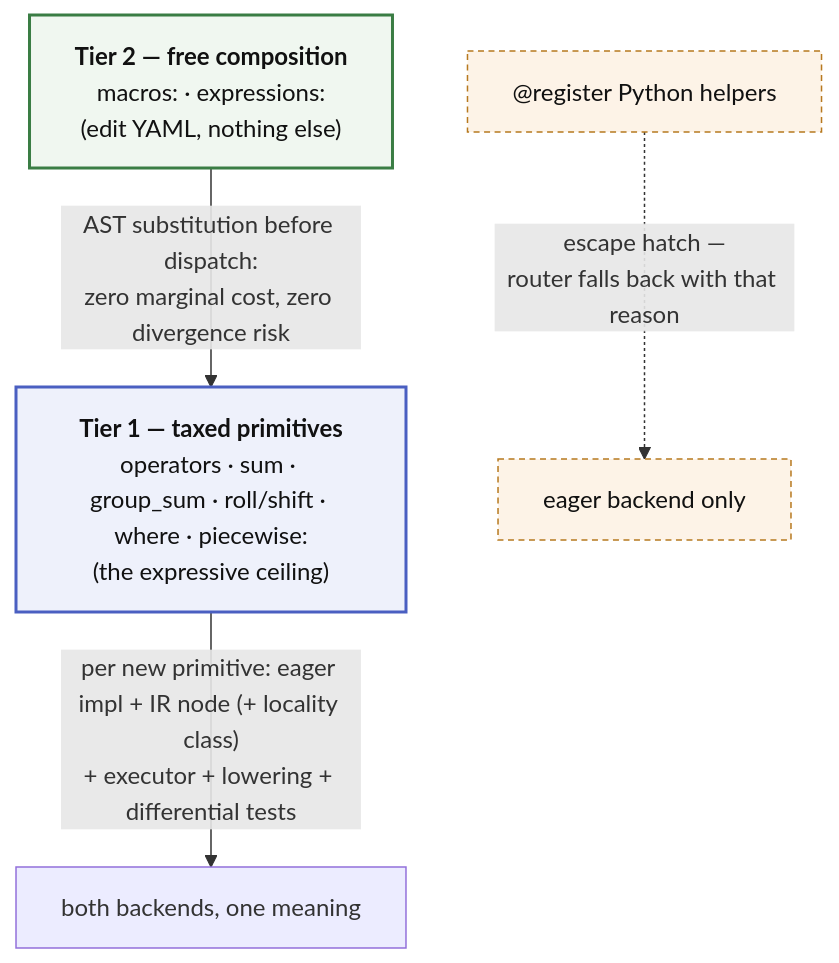
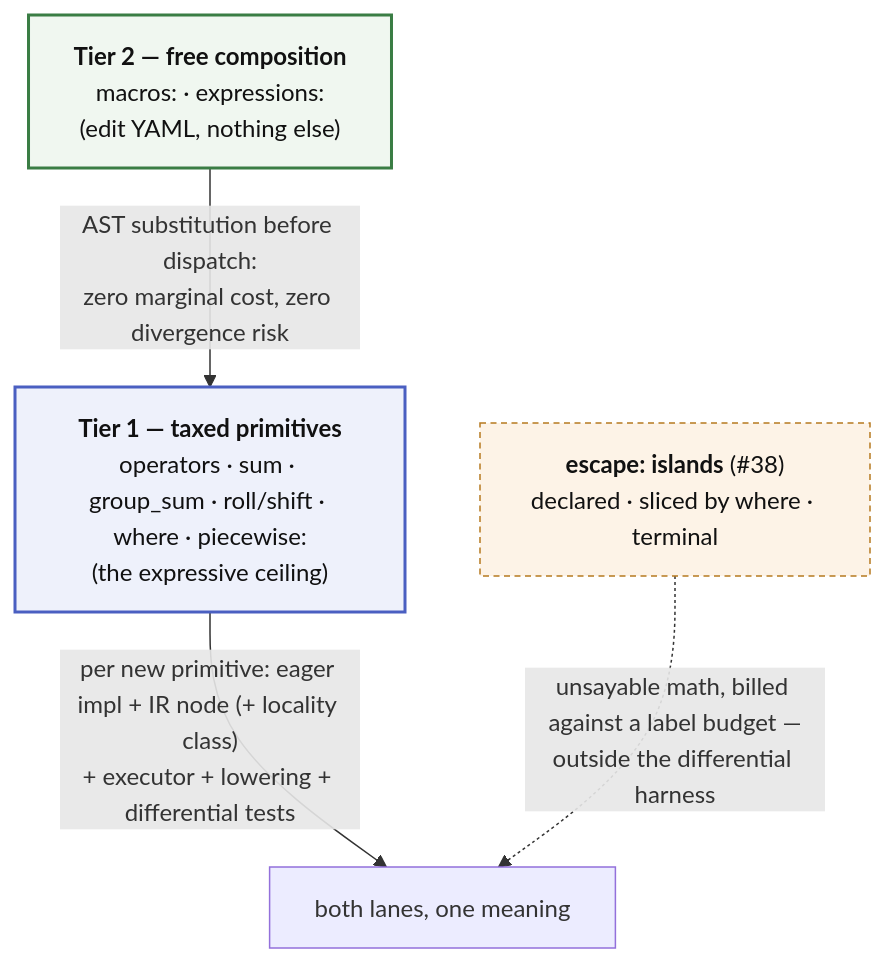
One commit to FBumann/farkas changed the second of 2 diagrams in ARCHITECTURE.md. Above: the diagram before and after it, drawn with Mermaid. The commit also changed other lines of this file and 32 other files, not shown here.

````diff
--- a/ARCHITECTURE.md
+++ b/ARCHITECTURE.md
@@ -95,19 +100,19 @@
 ```mermaid
 flowchart TB
     T2["<b>Tier 2 — free composition</b><br/>macros: · expressions:<br/>(edit YAML, nothing else)"]
     T1["<b>Tier 1 — taxed primitives</b><br/>operators · sum · group_sum · roll/shift · where · piecewise:<br/>(the expressive ceiling)"]
-    BOTH["both backends, one meaning"]
-    ESC["@register Python helpers"]
+    BOTH["both lanes, one meaning"]
+    ESC["<b>escape: islands</b> (#38)<br/>declared · sliced by where · terminal"]
 
     T2 -->|"AST substitution before dispatch:<br/>zero marginal cost, zero divergence risk"| T1
     T1 -->|"per new primitive: eager impl + IR node (+ locality class)<br/>+ executor + lowering + differential tests"| BOTH
-    ESC -.->|"escape hatch —<br/>router falls back with that reason"| EO["eager backend only"]
+    ESC -.->|"unsayable math, billed against a label budget —<br/>outside the differential harness"| BOTH
 
     classDef free fill:#f0f7f0,stroke:#3a7d44,stroke-width:2px,color:#111
     classDef taxed fill:#eef1fb,stroke:#4a5fc1,stroke-width:2px,color:#111
     classDef esc fill:#fdf3e7,stroke:#b7791f,color:#111,stroke-dasharray: 4 3
     class T2 free
     class T1 taxed
     class ESC esc
     class EO esc
 ```
````
